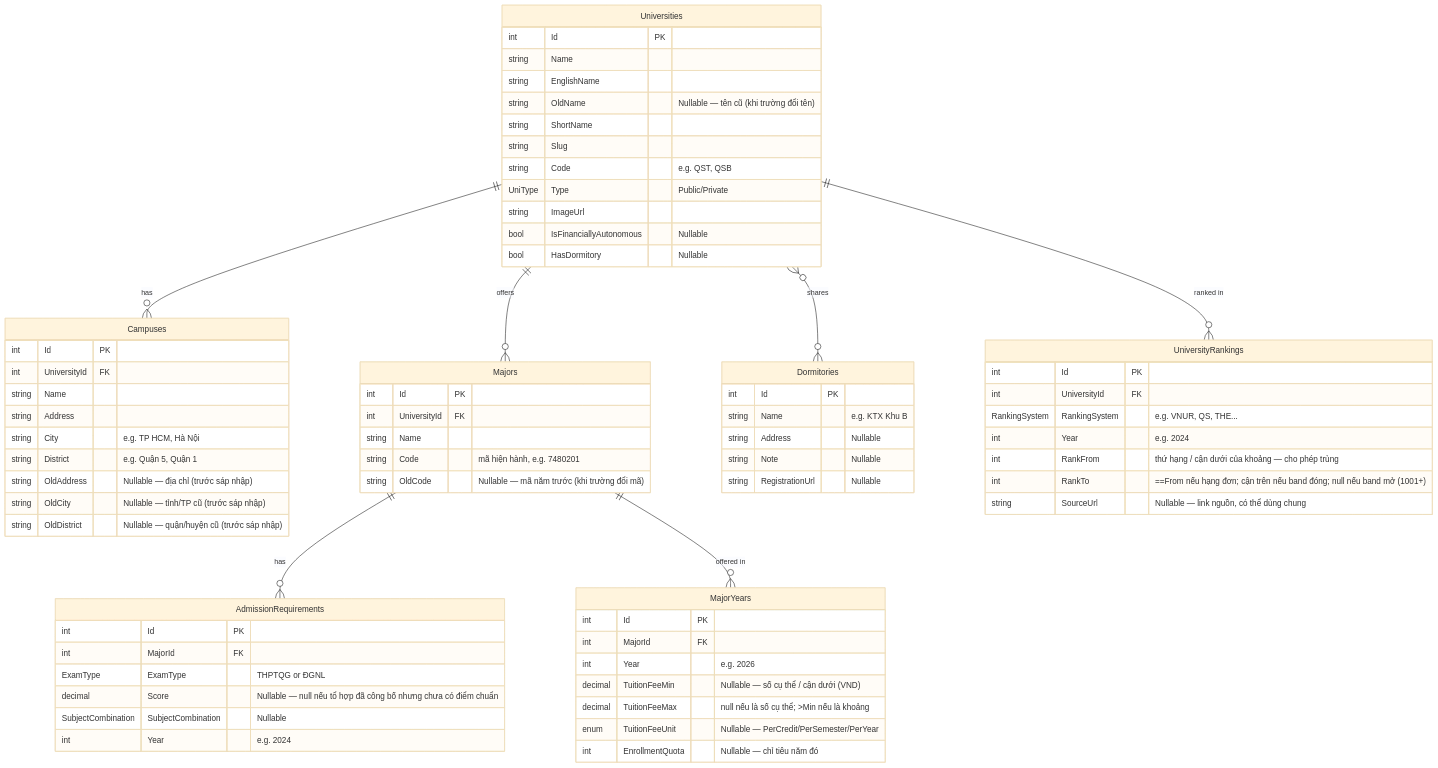
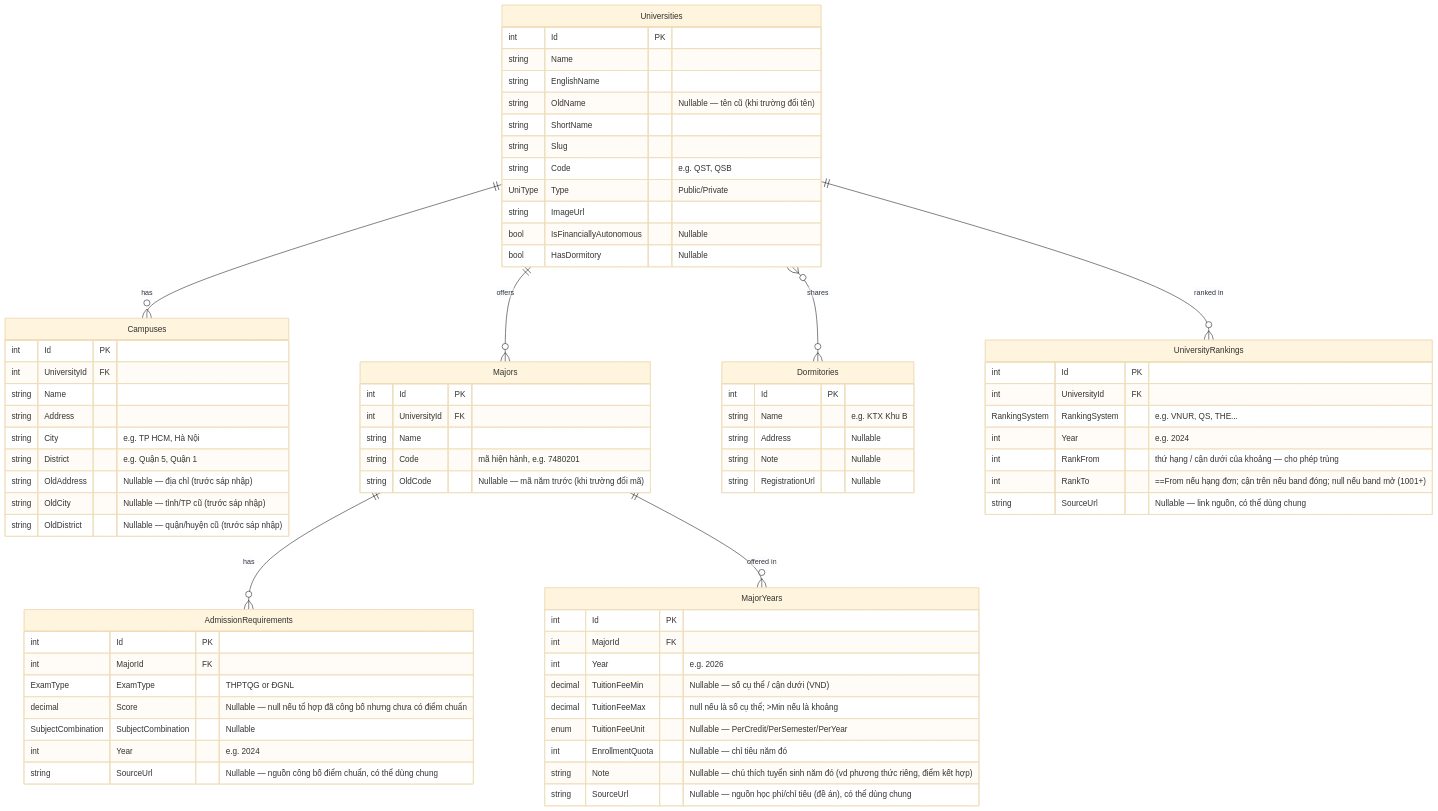
Before and after one commit to longhuynhdev/TimTruong: the diagram in docs/ER-model.md, drawn with Mermaid (base theme). The commit also changed 26 other files, not shown here.

Commit message:
feat: add MajorYear Note/SourceUrl + AdmissionRequirement SourceUrl

```diff
--- a/docs/ER-model.md
+++ b/docs/ER-model.md
@@ -57,6 +57,8 @@
         decimal TuitionFeeMax "null nếu là số cụ thể; >Min nếu là khoảng"
         enum TuitionFeeUnit "Nullable — PerCredit/PerSemester/PerYear"
         int EnrollmentQuota "Nullable — chỉ tiêu năm đó"
+        string Note "Nullable — chú thích tuyển sinh năm đó (vd phương thức riêng, điểm kết hợp)"
+        string SourceUrl "Nullable — nguồn học phí/chỉ tiêu (đề án), có thể dùng chung"
     }
 
     AdmissionRequirements {
@@ -66,6 +68,7 @@
         decimal Score "Nullable — null nếu tổ hợp đã công bố nhưng chưa có điểm chuẩn"
         SubjectCombination SubjectCombination "Nullable"
         int Year "e.g. 2024"
+        string SourceUrl "Nullable — nguồn công bố điểm chuẩn, có thể dùng chung"
     }
 
     UniversityRankings {
```
